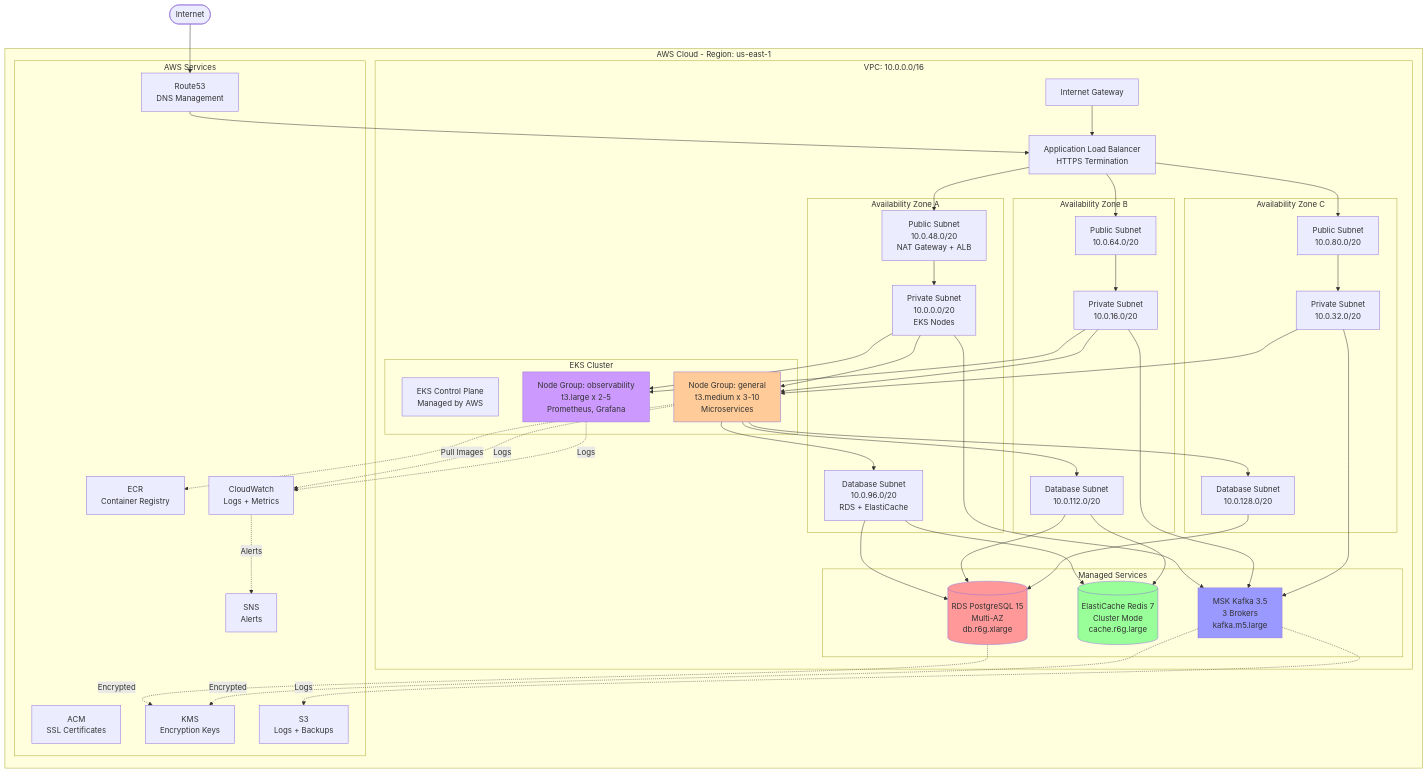
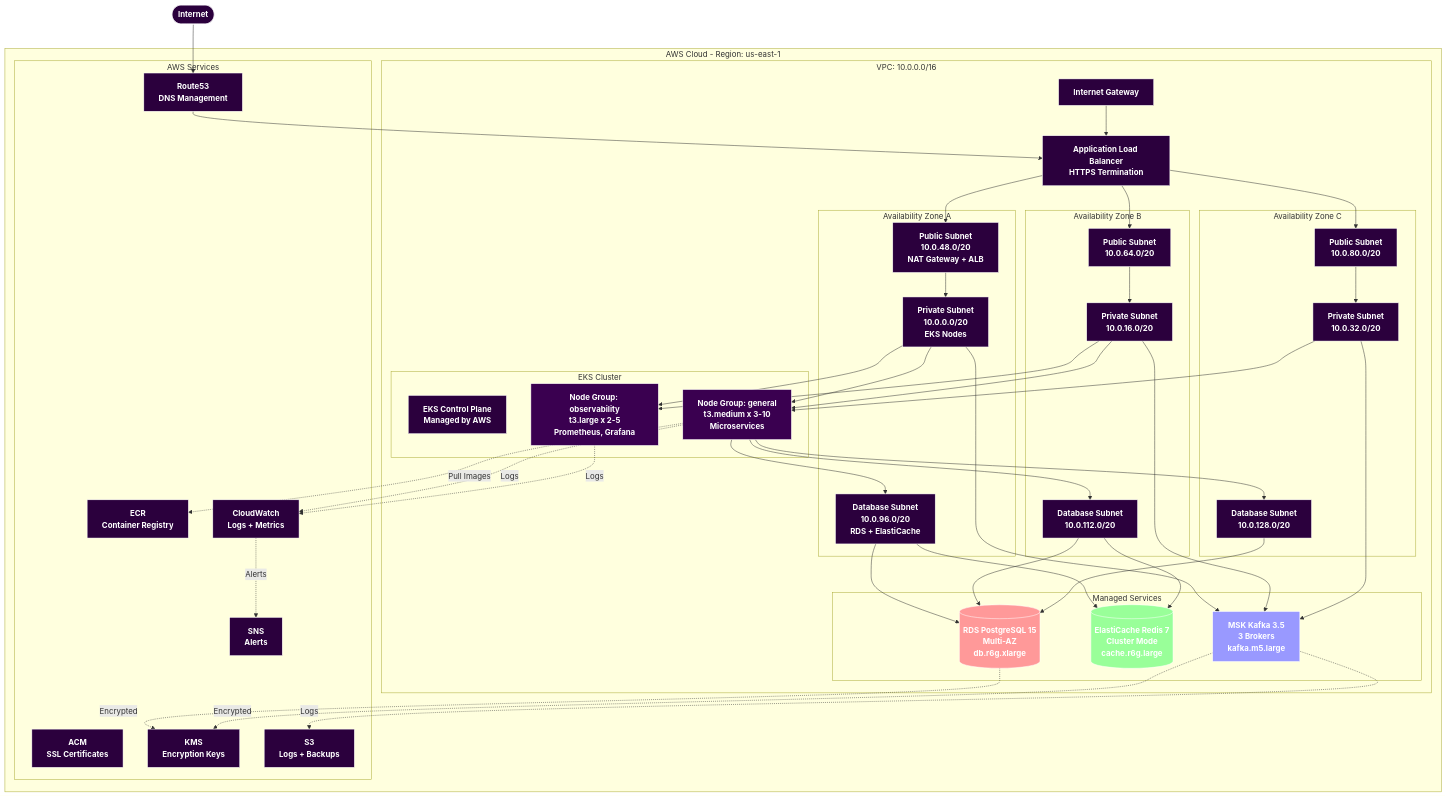
The first of 33 diagrams in README.md (tiraten-bot/Full-Observability), drawn with Mermaid before and after one commit.

````diff
--- a/README.md
+++ b/README.md
@@ -95,9 +95,12 @@
     MSK -.->|Encrypted| KMS
     MSK -.->|Logs| S3
     
-    style RDS fill:#ff9999
-    style REDIS fill:#99ff99
-    style MSK fill:#9999ff
-    style NG1 fill:#ffcc99
-    style NG2 fill:#cc99ff
+    classDef darkNode fill:#2b003d,stroke:#ffffff,color:#ffffff,font-weight:bold;
+    class PUB1,PRIV1,DB1,PUB2,PRIV2,DB2,PUB3,PRIV3,DB3,IGW,ALB,CP,NG1,NG2,R53,ACM,ECR,CW,SNS,KMS,S3,Internet darkNode;
+    style RDS fill:#ff9999,stroke:#ffffff,color:#ffffff,font-weight:bold
+    style REDIS fill:#99ff99,stroke:#ffffff,color:#ffffff,font-weight:bold
+    style MSK fill:#9999ff,stroke:#ffffff,color:#ffffff,font-weight:bold
+    style NG1 fill:#3a0050,stroke:#ffffff,color:#ffffff,font-weight:bold
+    style NG2 fill:#3a0050,stroke:#ffffff,color:#ffffff,font-weight:bold
+
 ```
````
